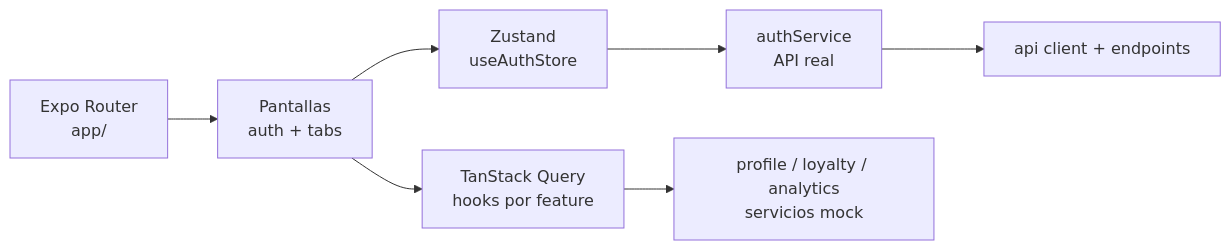
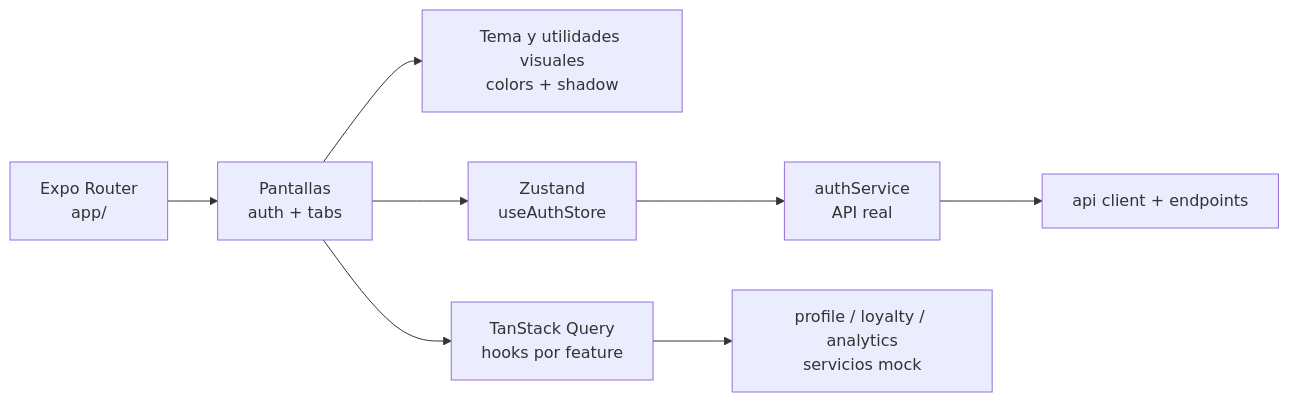
The diagram in docs/architecture/03-frontend-components.md (gagonzalez1/puntazo-docs), drawn with Mermaid before and after one commit. The commit also changed other lines of this file and 30 other files, not shown here.

````diff
--- a/docs/architecture/03-frontend-components.md
+++ b/docs/architecture/03-frontend-components.md
@@ -16,21 +16,23 @@
 ```mermaid
 flowchart LR
     ROUTER["Expo Router\napp/"]
     SCREENS["Pantallas\nauth + tabs"]
+    THEME["Tema y utilidades visuales\ncolors + shadow"]
     STORE["Zustand\nuseAuthStore"]
     QUERY["TanStack Query\nhooks por feature"]
     REAL["authService\nAPI real"]
     MOCK["profile / loyalty / analytics\nservicios mock"]
     HTTP["api client + endpoints"]
 
     ROUTER --> SCREENS
+    SCREENS --> THEME
     SCREENS --> STORE
     SCREENS --> QUERY
     STORE --> REAL
     QUERY --> MOCK
     REAL --> HTTP
 
     click SCREENS href "#/frontend-flows" "Ver flujos por pantalla"
     click STORE href "#/flow-auth" "Ver autenticación"
     click MOCK href "#/implementation-gaps" "Ver brechas"
 ```
````
